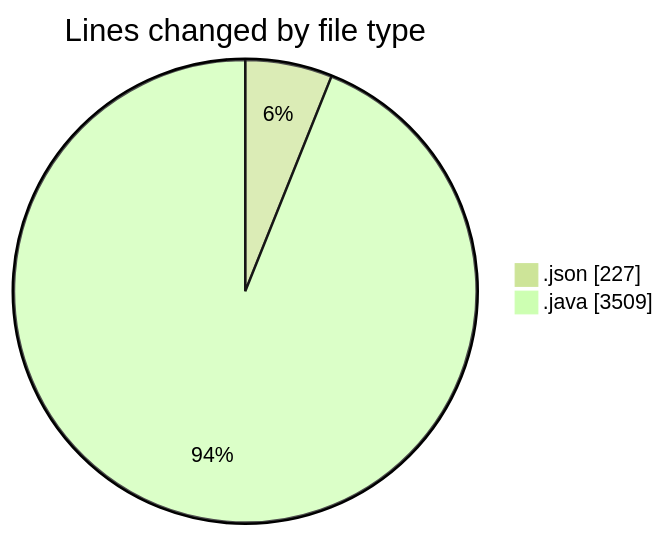
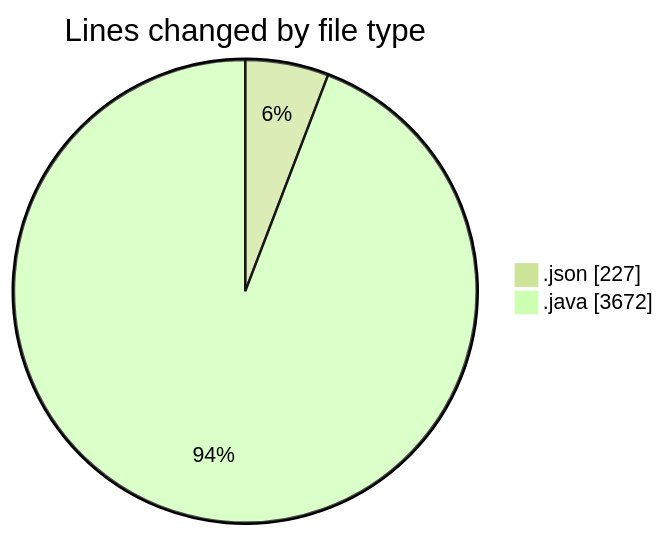
The first of 2 diagrams in 2026-05-04/cilapp/README.md (ricardozamudiocil/code-tracking), drawn with Mermaid (forest theme) before and after one commit. The commit also changed other lines of this file and 1 other file, not shown here.

````diff
--- a/2026-05-04/cilapp/README.md
+++ b/2026-05-04/cilapp/README.md
@@ -23,6 +24,6 @@
 ```mermaid
 pie showData
 title Lines changed by file type
 ".json" : 227
-".java" : 3509
+".java" : 3672
 ```
````
